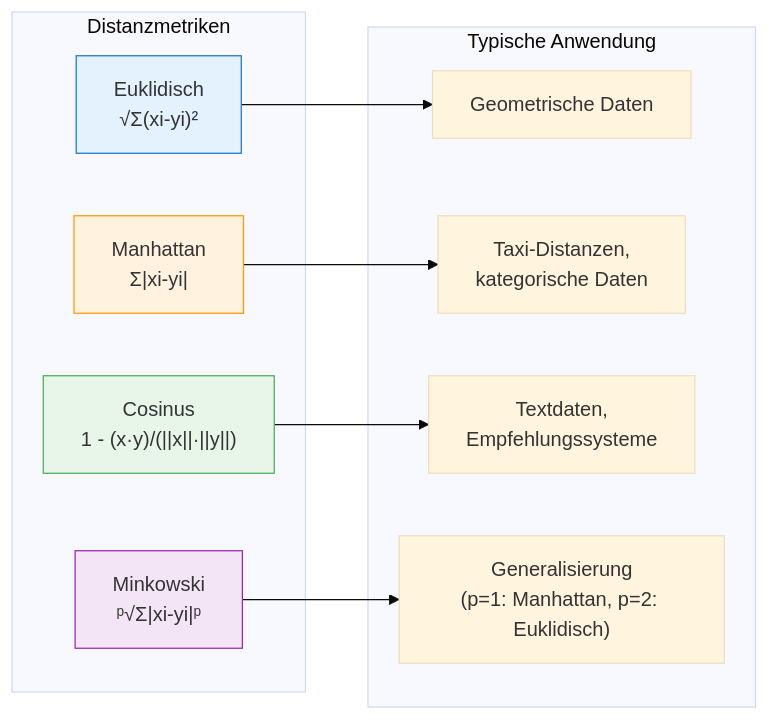
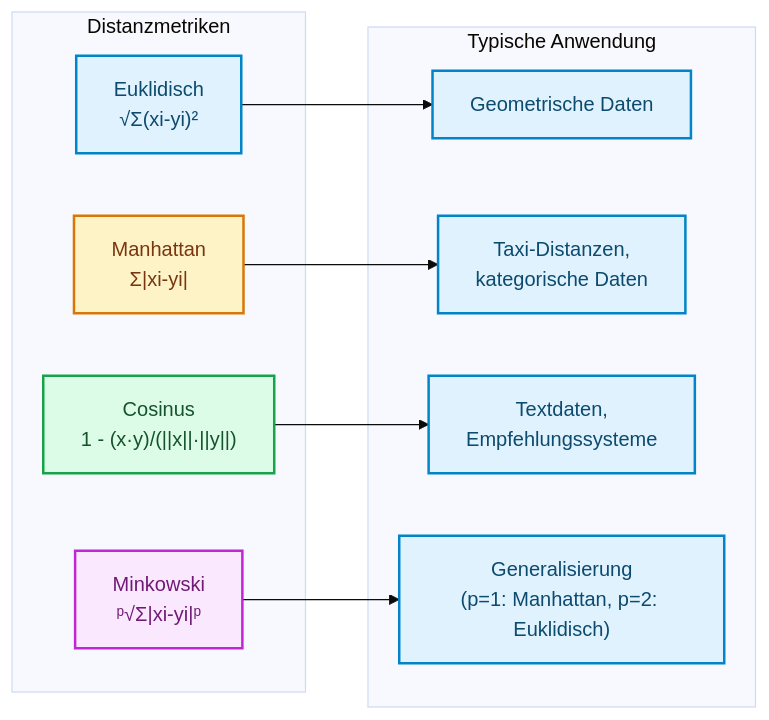
One commit to ralf-42/ML_Intro changed the fifth of 6 diagrams in docs/concepts/modeling/kmeans-dbscan.md. Above: the diagram before and after it, drawn with Mermaid (base theme). The commit also changed other lines of this file and 67 other files, not shown here.

````diff
--- a/docs/concepts/modeling/kmeans-dbscan.md
+++ b/docs/concepts/modeling/kmeans-dbscan.md
@@ -219,21 +228,24 @@
 ```mermaid
 flowchart LR
     subgraph Metriken["Distanzmetriken"]
         E["Euklidisch<br/>√Σ(xi-yi)²"]
         M["Manhattan<br/>Σ|xi-yi|"]
         C["Cosinus<br/>1 - (x·y)/(||x||·||y||)"]
         Min["Minkowski<br/>ᵖ√Σ|xi-yi|ᵖ"]
     end
     
     subgraph Anwendung["Typische Anwendung"]
         E --> E1["Geometrische Daten"]
         M --> M1["Taxi-Distanzen,<br/>kategorische Daten"]
         C --> C1["Textdaten,<br/>Empfehlungssysteme"]
         Min --> Min1["Generalisierung<br/>(p=1: Manhattan, p=2: Euklidisch)"]
     end
-    
-    style E fill:#e3f2fd,stroke:#1976d2
-    style M fill:#fff3e0,stroke:#ff9800
-    style C fill:#e8f5e9,stroke:#4caf50
-    style Min fill:#f3e5f5,stroke:#9c27b0
+
+    classDef default fill:#e0f2fe,stroke:#0284c7,stroke-width:2px,color:#0c4a6e;
+    classDef metric fill:#fef3c7,stroke:#d97706,stroke-width:2px,color:#78350f;
+    classDef output fill:#dcfce7,stroke:#16a34a,stroke-width:2px,color:#14532d;
+    classDef target fill:#fae8ff,stroke:#c026d3,stroke-width:2px,color:#701a75;
+    class M metric;
+    class C output;
+    class Min target;
 ```
````
